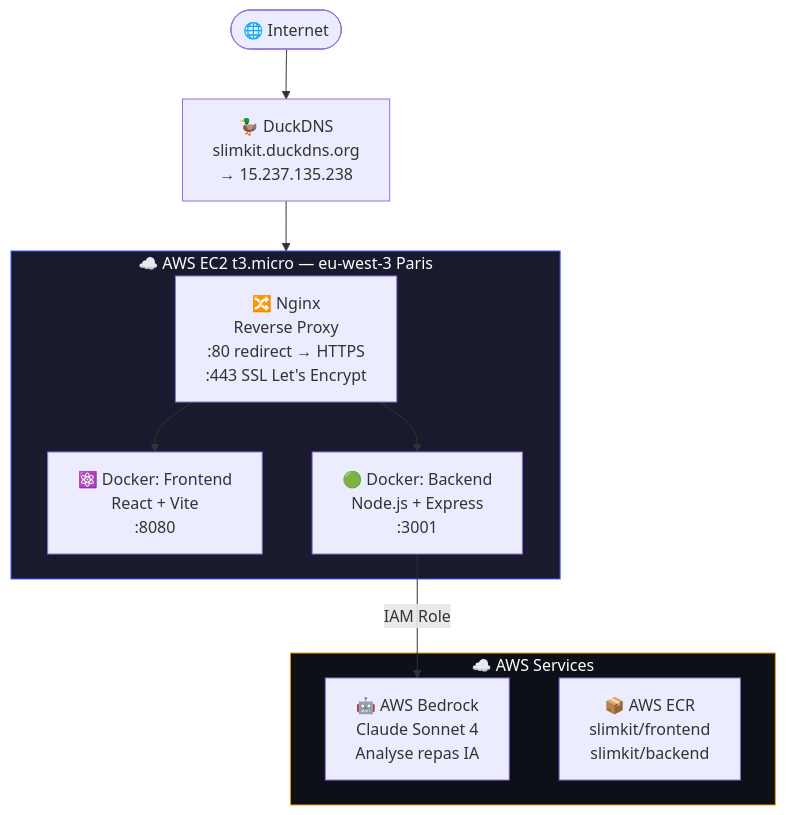
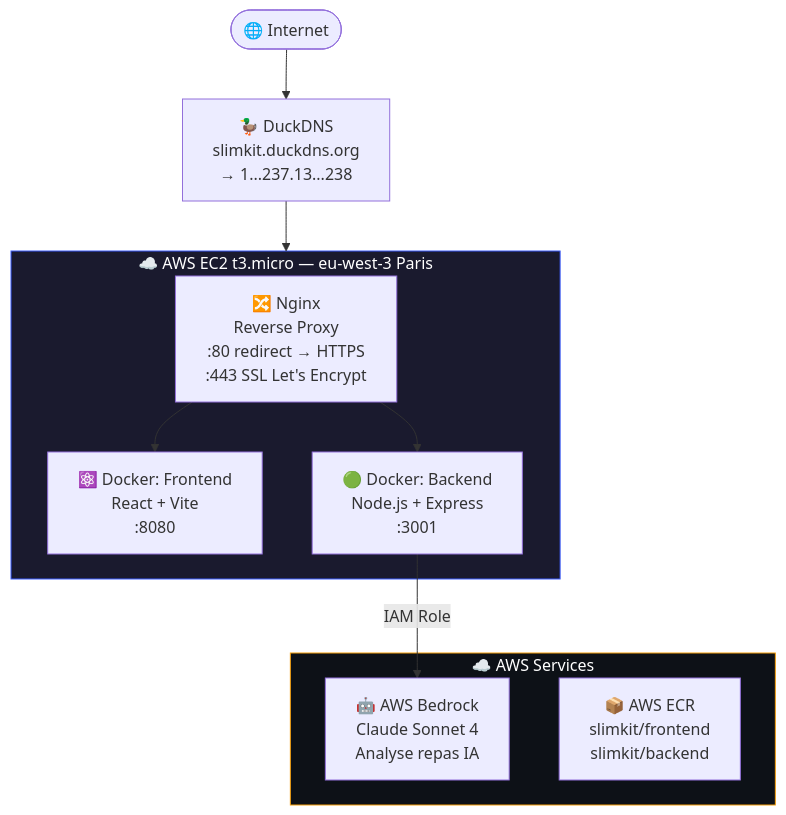
One commit to Whitedukecmr/slimkit-app changed the first of 3 diagrams in README.md. Above: the diagram before and after it, drawn with Mermaid. The commit also changed other lines of this file, not shown here.

````diff
--- a/README.md
+++ b/README.md
@@ -49,28 +49,28 @@
 ```mermaid
 flowchart TD
     Internet([🌐 Internet]) --> DNS
 
-    DNS["🦆 DuckDNS\nslimkit.duckdns.org\n→ 15.237.135.238"]
+    DNS["🦆 DuckDNS\nslimkit.duckdns.org\n→ 1...237.13...238"]
 
     DNS --> EC2
 
     subgraph EC2["☁️ AWS EC2 t3.micro — eu-west-3 Paris"]
         Nginx["🔀 Nginx\nReverse Proxy\n:80 redirect → HTTPS\n:443 SSL Let's Encrypt"]
 
         Nginx --> Frontend
         Nginx --> Backend
 
         Frontend["⚛️ Docker: Frontend\nReact + Vite\n:8080"]
         Backend["🟢 Docker: Backend\nNode.js + Express\n:3001"]
     end
 
     Backend -->|IAM Role| Bedrock
 
     subgraph AWS["☁️ AWS Services"]
         Bedrock["🤖 AWS Bedrock\nClaude Sonnet 4\nAnalyse repas IA"]
         ECR["📦 AWS ECR\nslimkit/frontend\nslimkit/backend"]
     end
 
     style EC2 fill:#1a1a2e,stroke:#3B5BFC,color:#fff
     style AWS fill:#0d1117,stroke:#f59e0b,color:#fff
 ```
````
